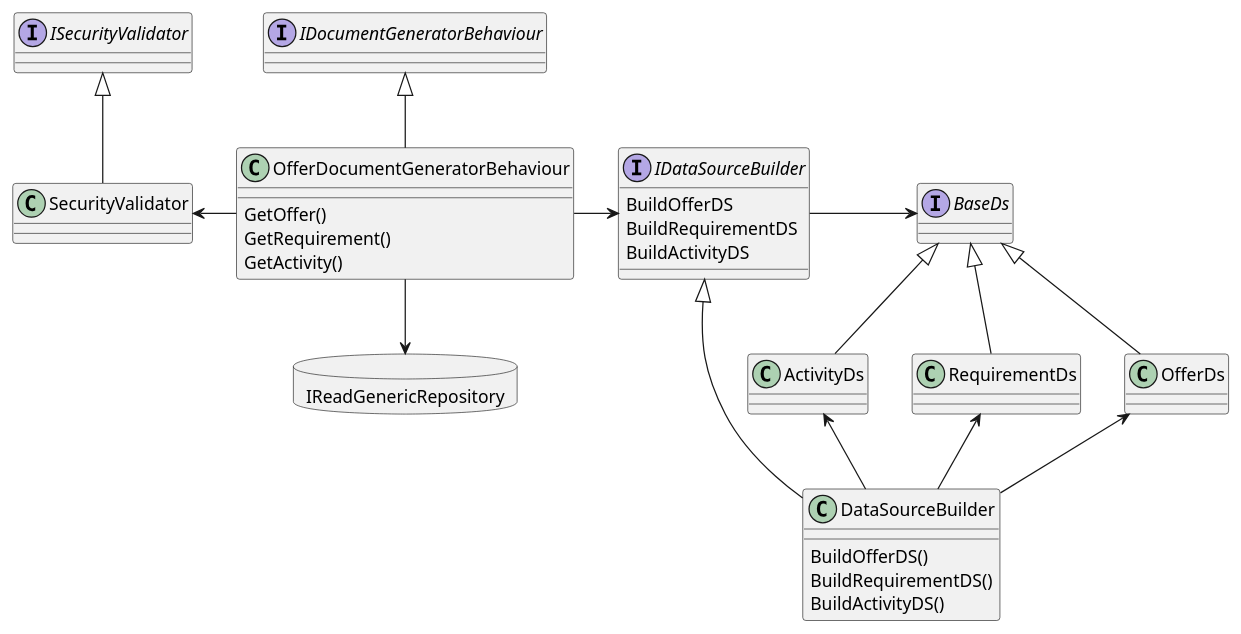
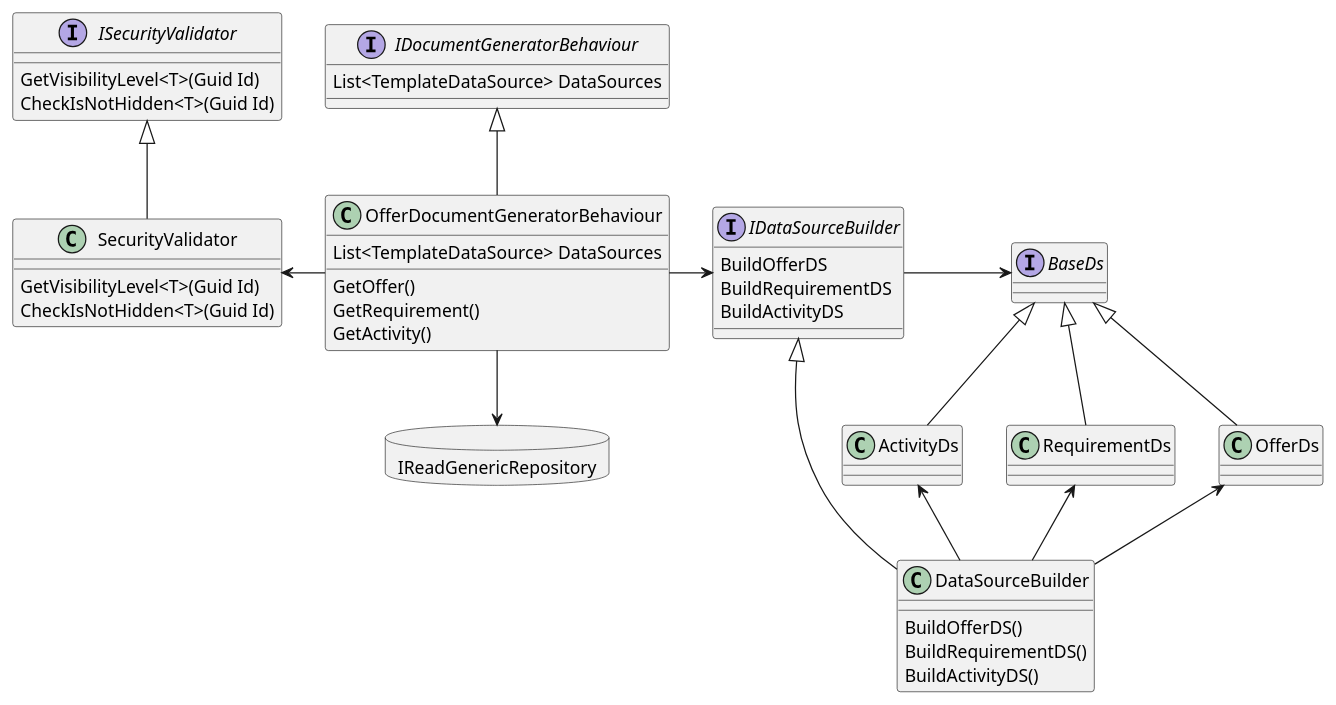
The diagram in assets/TemplateMasking.puml (Kf-GaryNewport/Kf-GaryNewport.github.io), drawn with PlantUML before and after one commit.

```diff
--- a/assets/TemplateMasking.puml
+++ b/assets/TemplateMasking.puml
@@ -1,45 +1,54 @@
 @startuml Template Masking
 
 allow_mixing
 
 Interface BaseDs
 BaseDs <|-- OfferDs
 BaseDs <|-- RequirementDs
 BaseDs <|-- ActivityDs
 
 Interface IDataSourceBuilder
 IDataSourceBuilder : BuildOfferDS
 IDataSourceBuilder : BuildRequirementDS
 IDataSourceBuilder : BuildActivityDS
 
 IDataSourceBuilder <|-- DataSourceBuilder
 IDataSourceBuilder -right-> BaseDs
 
 DataSourceBuilder : BuildOfferDS()
 DataSourceBuilder : BuildRequirementDS()
 DataSourceBuilder : BuildActivityDS()
 
 DataSourceBuilder -up-> OfferDs
 DataSourceBuilder -up-> RequirementDs
 DataSourceBuilder -up-> ActivityDs
 
+OfferDocumentGeneratorBehaviour : List<TemplateDataSource> DataSources
 OfferDocumentGeneratorBehaviour : GetOffer()
 OfferDocumentGeneratorBehaviour : GetRequirement()
 OfferDocumentGeneratorBehaviour : GetActivity()
 
 Interface IDocumentGeneratorBehaviour
+IDocumentGeneratorBehaviour : List<TemplateDataSource> DataSources
+
 IDocumentGeneratorBehaviour <|-- OfferDocumentGeneratorBehaviour
 OfferDocumentGeneratorBehaviour -right-> IDataSourceBuilder
 
 Interface ISecurityValidator
+ISecurityValidator : GetVisibilityLevel<T>(Guid Id)
+ISecurityValidator : CheckIsNotHidden<T>(Guid Id)
+
 ISecurityValidator <|-- SecurityValidator
+SecurityValidator : GetVisibilityLevel<T>(Guid Id)
+SecurityValidator : CheckIsNotHidden<T>(Guid Id)
+
 OfferDocumentGeneratorBehaviour -left-> SecurityValidator
 
 Database IReadGenericRepository
 OfferDocumentGeneratorBehaviour --> IReadGenericRepository
 
 'Interface IEntityValidator
 'IEntityValidator <|-- EntityValidator
 'OfferDocumentGeneratorBehaviour -left-> EntityValidator
 
 @enduml
```
